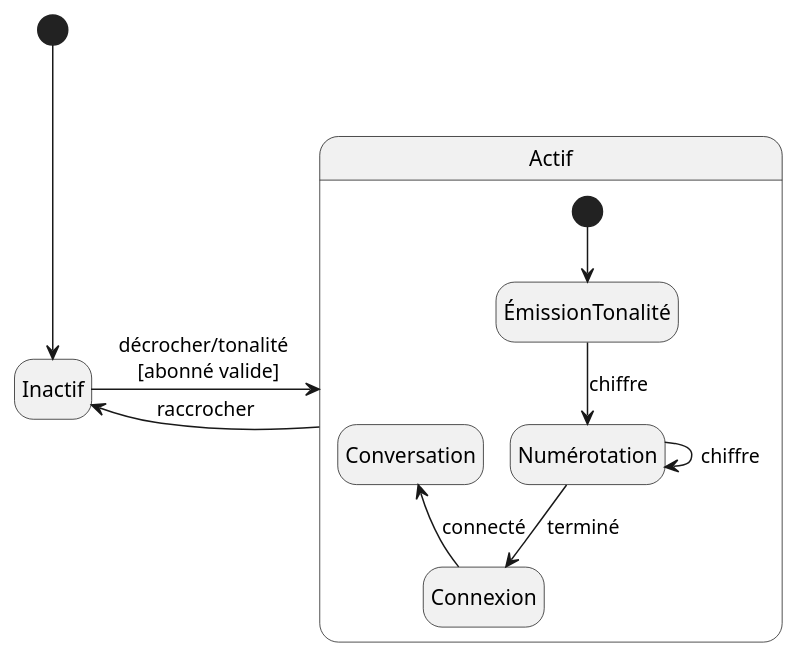
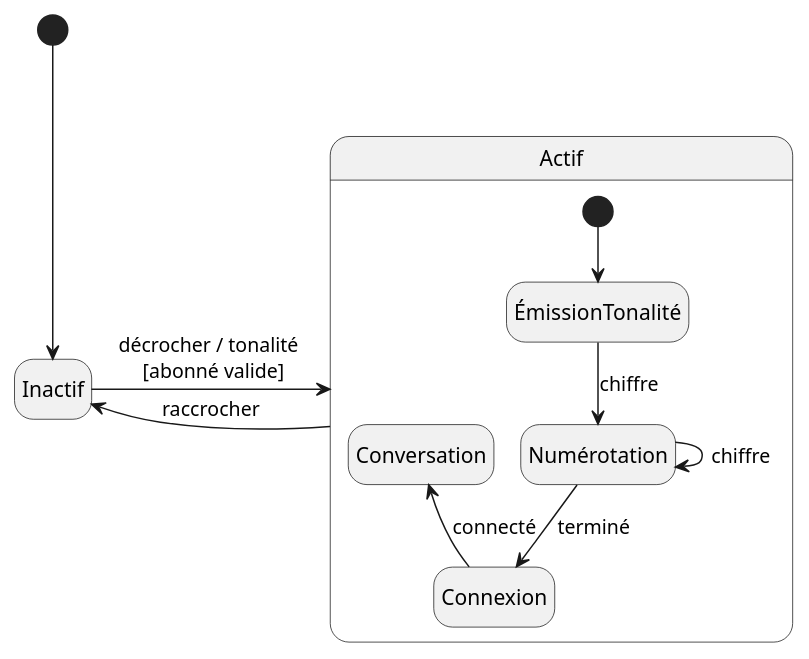
Before and after one commit to fuhrmanator/log210-ndc-quarto: the diagram in DiagrammesEtats.qmd, drawn with PlantUML. The commit also changed other lines of this file, not shown here.

```diff
--- a/DiagrammesEtats.qmd
+++ b/DiagrammesEtats.qmd
@@ -31,16 +31,16 @@
 @startuml
 skinparam style strictuml
 skinparam backgroundcolor transparent
 skinparam DefaultTextAlignment center
 hide empty description
 [*] --> Inactif
-Inactif -> Actif : décrocher/tonalité \n [abonné valide]
+Inactif -> Actif : décrocher / tonalité \n [abonné valide]
 Actif -> Inactif : raccrocher
 state Actif {
 [*] --> ÉmissionTonalité
 ÉmissionTonalité --> Numérotation : chiffre
 Numérotation --> Connexion: terminé
 Numérotation --> Numérotation : chiffre
 Connexion -u-> Conversation : connecté
 }
 @enduml
```
